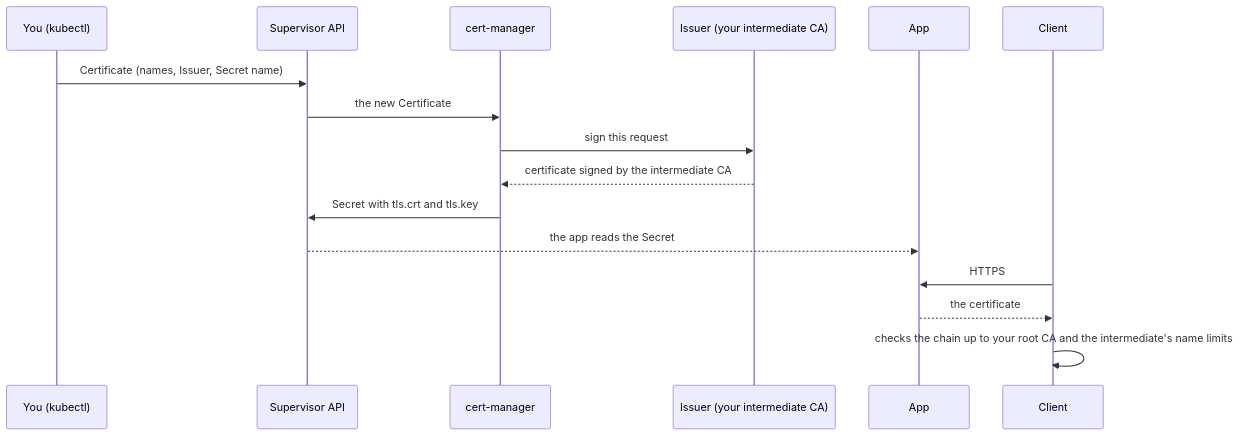
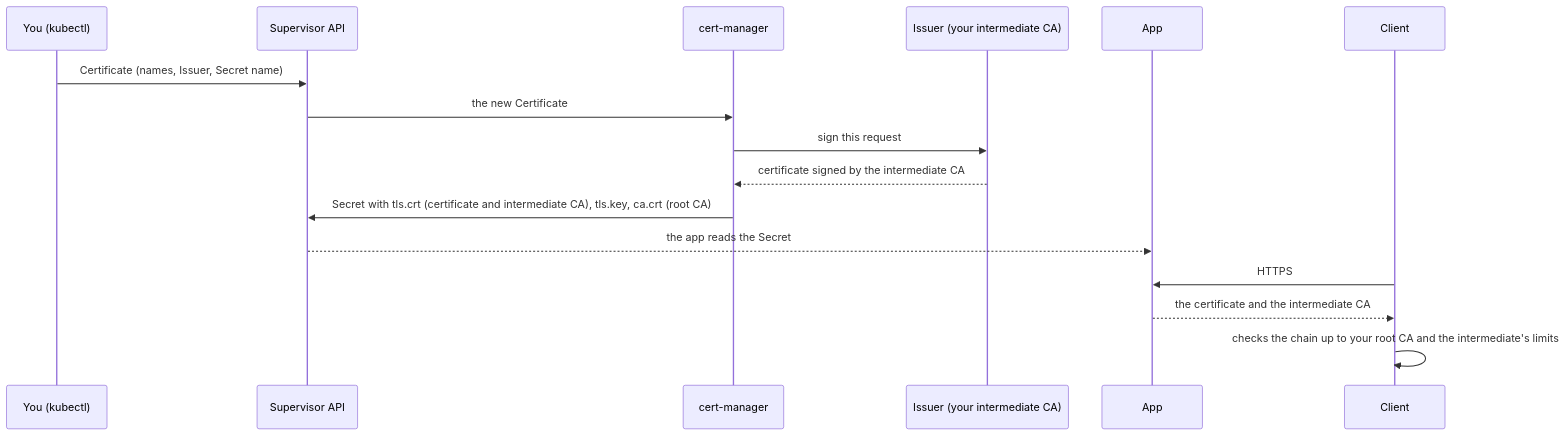
The diagram in docs/CA-ISSUER-NAMESPACE.md (AndriyKalashnykov/vks-guides), drawn with Mermaid before and after one commit. The commit also changed other lines of this file, not shown here.

````diff
--- a/docs/CA-ISSUER-NAMESPACE.md
+++ b/docs/CA-ISSUER-NAMESPACE.md
@@ -28,18 +28,18 @@
 ```mermaid
 sequenceDiagram
     participant R as You (kubectl)
     participant S as Supervisor API
     participant C as cert-manager
     participant I as Issuer (your intermediate CA)
     participant A as App
     participant B as Client
     R->>S: Certificate (names, Issuer, Secret name)
     S->>C: the new Certificate
     C->>I: sign this request
     I-->>C: certificate signed by the intermediate CA
-    C->>S: Secret with tls.crt and tls.key
+    C->>S: Secret with tls.crt (certificate and intermediate CA), tls.key, ca.crt (root CA)
     S-->>A: the app reads the Secret
     B->>A: HTTPS
-    A-->>B: the certificate
-    B->>B: checks the chain up to your root CA and the intermediate's name limits
+    A-->>B: the certificate and the intermediate CA
+    B->>B: checks the chain up to your root CA and the intermediate's limits
 ```
````
